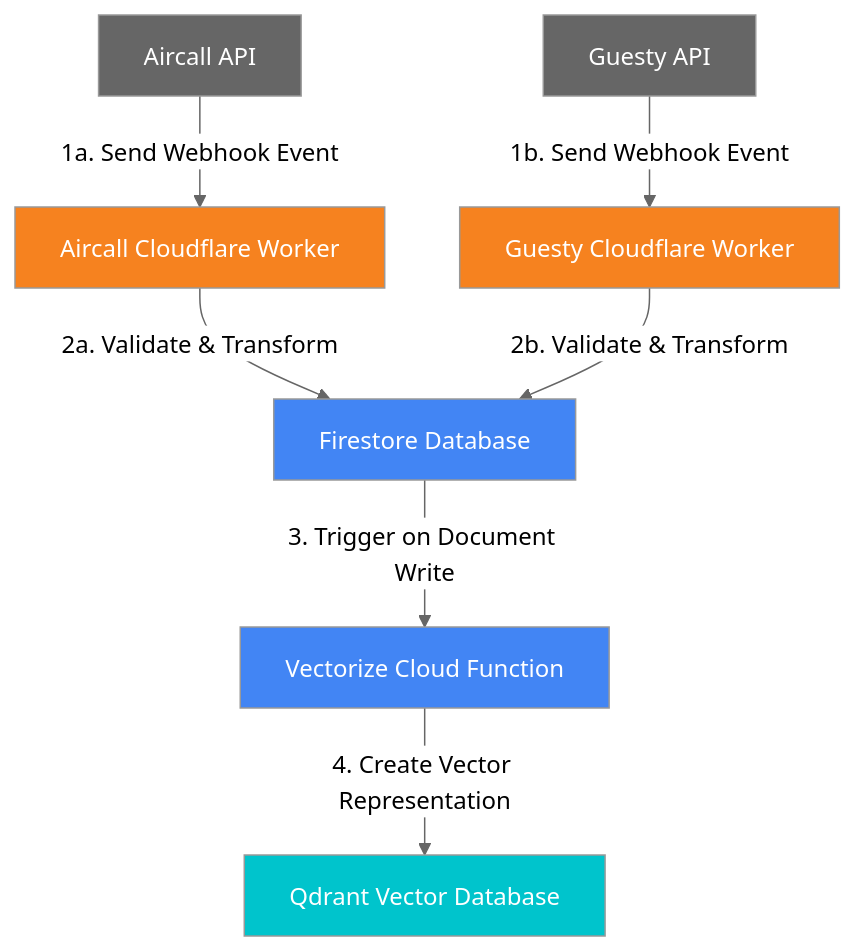
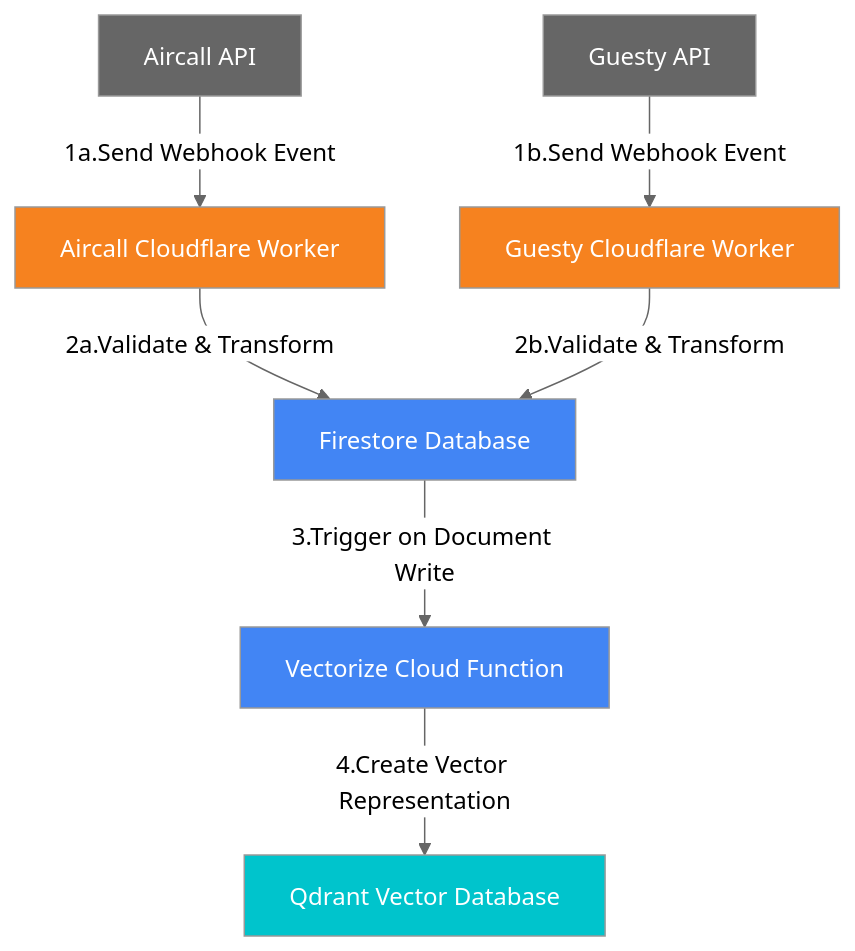
One commit to deepbrainspace/deepbrain-stack changed the sixth of 7 diagrams in documentation/infrastructure-diagrams.md. Above: the diagram before and after it, drawn with Mermaid (neutral theme). The commit also changed other lines of this file, not shown here.

````diff
--- a/documentation/infrastructure-diagrams.md
+++ b/documentation/infrastructure-diagrams.md
@@ -269,21 +269,21 @@
 ```mermaid
 flowchart TD
-    A1["Aircall API"] -->|"1a. Send Webhook Event"| B1["Aircall Cloudflare Worker"]
-    A2["Guesty API"] -->|"1b. Send Webhook Event"| B2["Guesty Cloudflare Worker"]
+    A1["Aircall API"] -->|"1a.Send Webhook Event"| B1["Aircall Cloudflare Worker"]
+    A2["Guesty API"] -->|"1b.Send Webhook Event"| B2["Guesty Cloudflare Worker"]
     
-    B1 -->|"2a. Validate & Transform"| C["Firestore Database"]
-    B2 -->|"2b. Validate & Transform"| C
+    B1 -->|"2a.Validate & Transform"| C["Firestore Database"]
+    B2 -->|"2b.Validate & Transform"| C
     
-    C -->|"3. Trigger on Document Write"| D["Vectorize Cloud Function"]
-    D -->|"4. Create Vector Representation"| E["Qdrant Vector Database"]
+    C -->|"3.Trigger on Document Write"| D["Vectorize Cloud Function"]
+    D -->|"4.Create Vector Representation"| E["Qdrant Vector Database"]
     
     classDef external fill:#666666,color:white;
     classDef cloudflare fill:#F6821F,color:white;
     classDef gcp fill:#4285F4,color:white;
     classDef qdrant fill:#00C4CC,color:white;
     
     class A1,A2 external;
     class B1,B2 cloudflare;
     class C,D gcp;
     class E qdrant;
 ```
````
